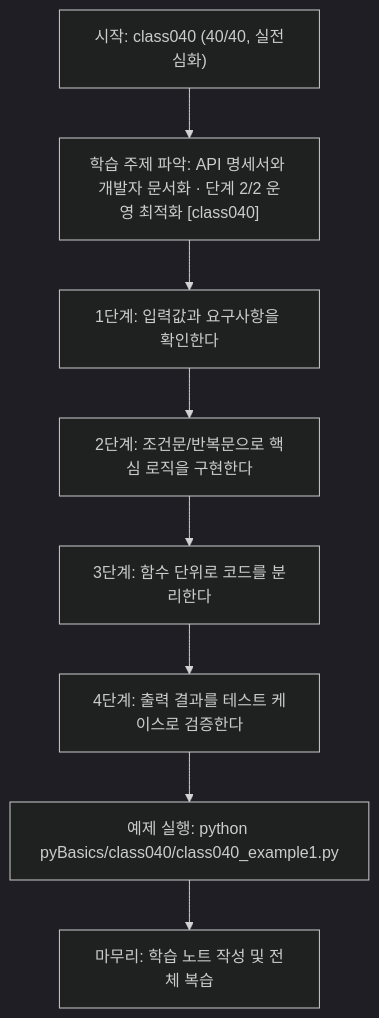
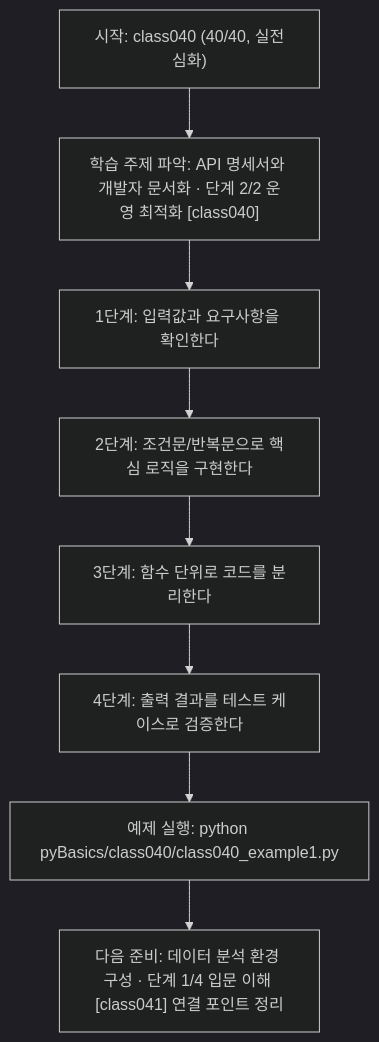
Before and after one commit to edumgt/Python-AI_Agent-Class: the diagram in pyBasics/class040/class040.md, drawn with Mermaid (dark theme). The commit also changed other lines of this file and 1409 other files, not shown here.

````diff
--- a/pyBasics/class040/class040.md
+++ b/pyBasics/class040/class040.md
@@ -91,18 +89,18 @@
 ```mermaid
 flowchart TD
 N1["시작: class040 (40/40, 실전심화)"]
 N2["학습 주제 파악: API 명세서와 개발자 문서화 · 단계 2/2 운영 최적화 [class040]"]
 N3["1단계: 입력값과 요구사항을 확인한다"]
 N4["2단계: 조건문/반복문으로 핵심 로직을 구현한다"]
 N5["3단계: 함수 단위로 코드를 분리한다"]
 N6["4단계: 출력 결과를 테스트 케이스로 검증한다"]
 N7["예제 실행: python pyBasics/class040/class040_example1.py"]
-N8["마무리: 학습 노트 작성 및 전체 복습"]
+N8["다음 준비: 데이터 분석 환경 구성 · 단계 1/4 입문 이해 [class041] 연결 포인트 정리"]
 N1 --> N2
 N2 --> N3
 N3 --> N4
 N4 --> N5
 N5 --> N6
 N6 --> N7
 N7 --> N8
 ```
````
